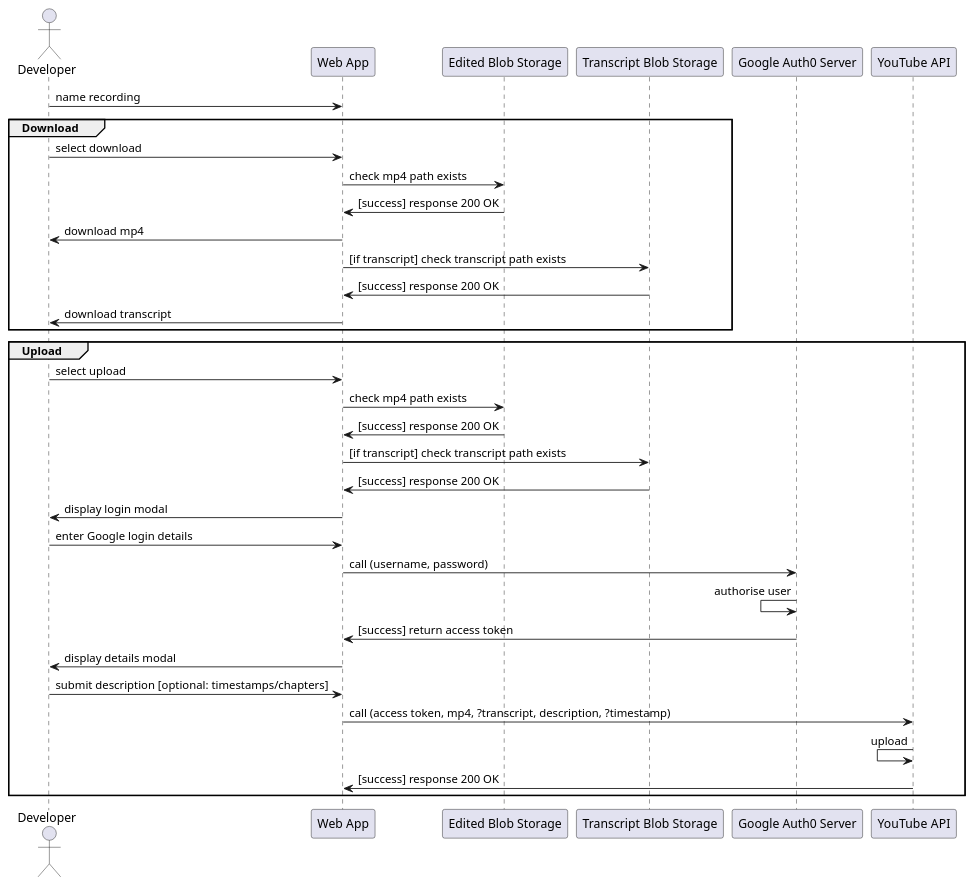
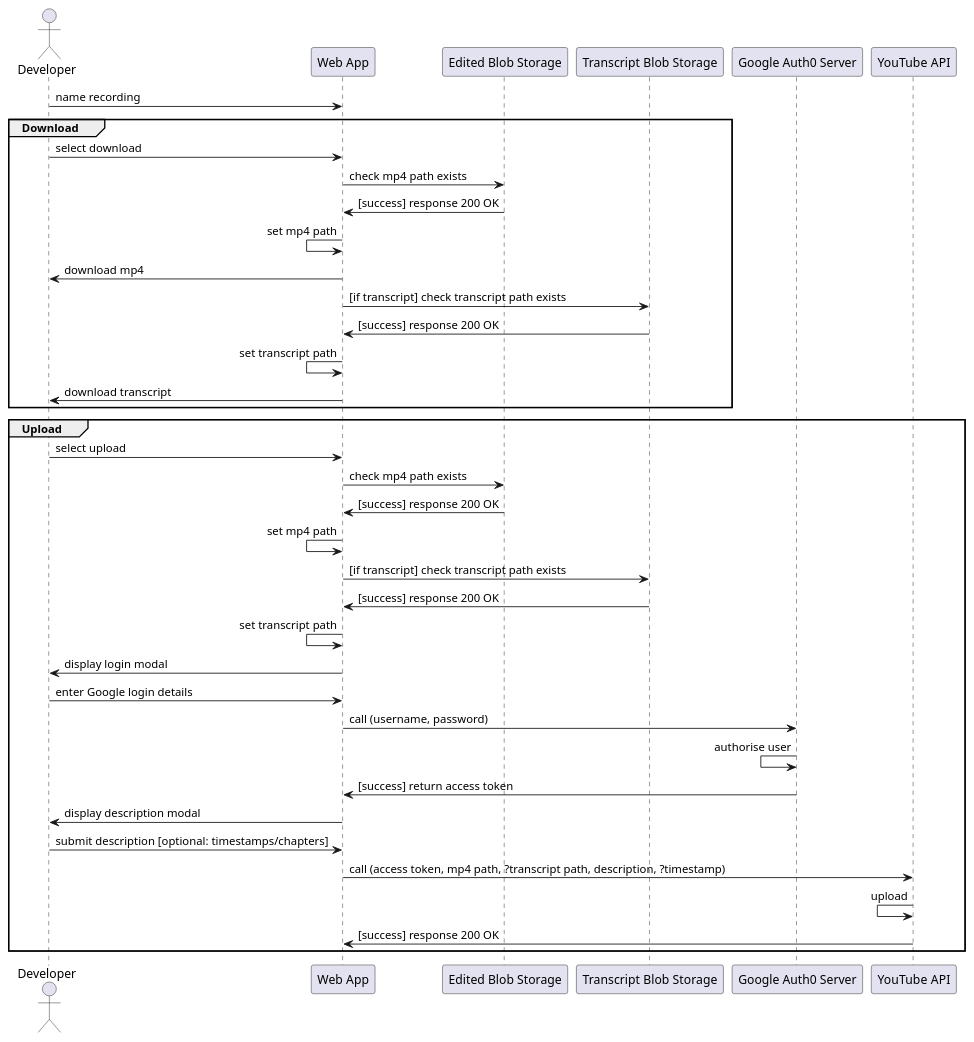
The diagram in examples/download.puml (jennifer-platt/ECM2429-UML), drawn with PlantUML before and after one commit. The commit also changed 1 other file, not shown here.

Commit message:
Updating download diagram

```diff
--- a/examples/download.puml
+++ b/examples/download.puml
@@ -1,35 +1,39 @@
 @startuml download
 
 Actor Developer
 
 Developer -> "Web App": name recording
 
 group Download
 Developer -> "Web App": select download
 "Web App" -> "Edited Blob Storage": check mp4 path exists
 "Web App" <- "Edited Blob Storage": [success] response 200 OK
+"Web App" <- "Web App": set mp4 path
 Developer <- "Web App": download mp4
 "Web App" -> "Transcript Blob Storage": [if transcript] check transcript path exists
 "Web App" <- "Transcript Blob Storage": [success] response 200 OK
+"Web App" <- "Web App": set transcript path
 Developer <- "Web App": download transcript
 end
 
 group Upload
 Developer -> "Web App": select upload
 "Web App" -> "Edited Blob Storage": check mp4 path exists
 "Web App" <- "Edited Blob Storage": [success] response 200 OK
+"Web App" <- "Web App": set mp4 path
 "Web App" -> "Transcript Blob Storage": [if transcript] check transcript path exists
 "Web App" <- "Transcript Blob Storage": [success] response 200 OK
+"Web App" <- "Web App": set transcript path
 Developer <- "Web App": display login modal
 Developer -> "Web App": enter Google login details
 "Web App" -> "Google Auth0 Server": call (username, password)
 "Google Auth0 Server" <- "Google Auth0 Server": authorise user
 "Web App" <- "Google Auth0 Server": [success] return access token
-Developer <- "Web App": display details modal
+Developer <- "Web App": display description modal
 Developer -> "Web App": submit description [optional: timestamps/chapters]
-"Web App" -> "YouTube API": call (access token, mp4, ?transcript, description, ?timestamp)
+"Web App" -> "YouTube API": call (access token, mp4 path, ?transcript path, description, ?timestamp)
 "YouTube API" <- "YouTube API": upload
 "Web App" <- "YouTube API": [success] response 200 OK
 end
 
 @enduml
```
